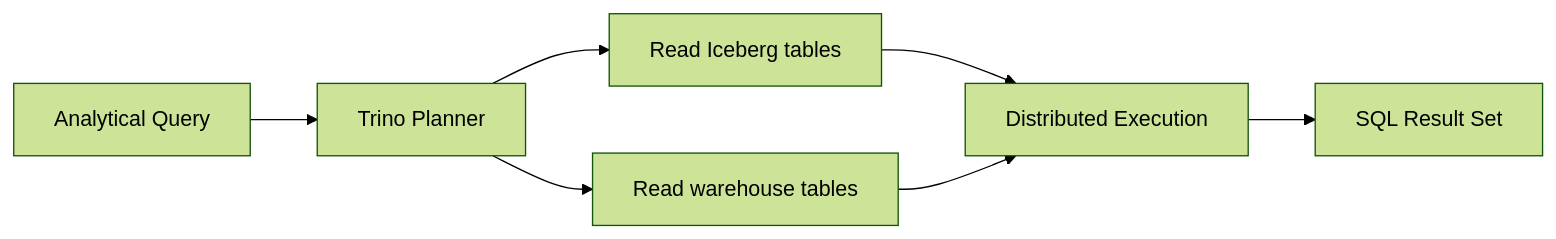
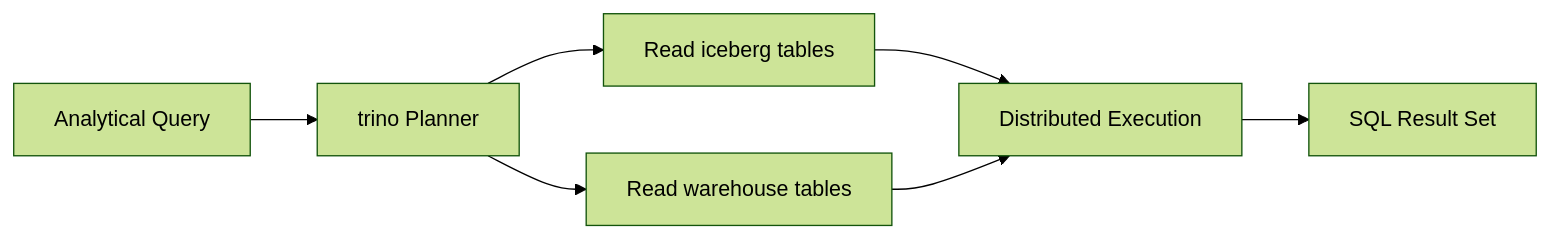
The second of 2 diagrams in trino/readme.md (paulchen8206/Full-Stack-Modern-Data-Architecture-and-Engineering), drawn with Mermaid (forest theme) before and after one commit. The commit also changed other lines of this file and 18 other files, not shown here.

````diff
--- a/trino/readme.md
+++ b/trino/readme.md
@@ -38,9 +38,9 @@
 ```mermaid
 flowchart LR
-	QUERY[Analytical Query] --> PARSE[Trino Planner]
-	PARSE --> READ_LH[Read Iceberg tables]
+	QUERY[Analytical Query] --> PARSE[trino Planner]
+	PARSE --> READ_LH[Read iceberg tables]
 	PARSE --> READ_WH[Read warehouse tables]
 	READ_LH --> MERGE[Distributed Execution]
 	READ_WH --> MERGE
 	MERGE --> RESULT[SQL Result Set]
 ```
````
